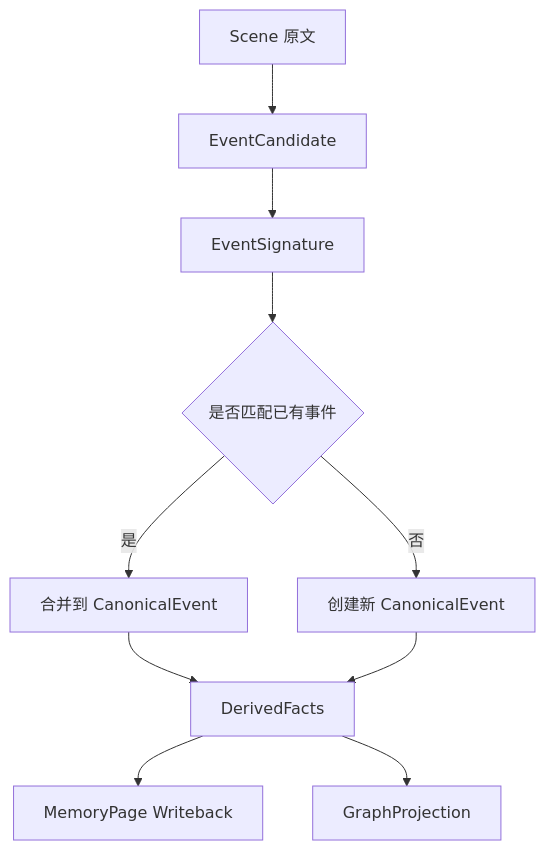
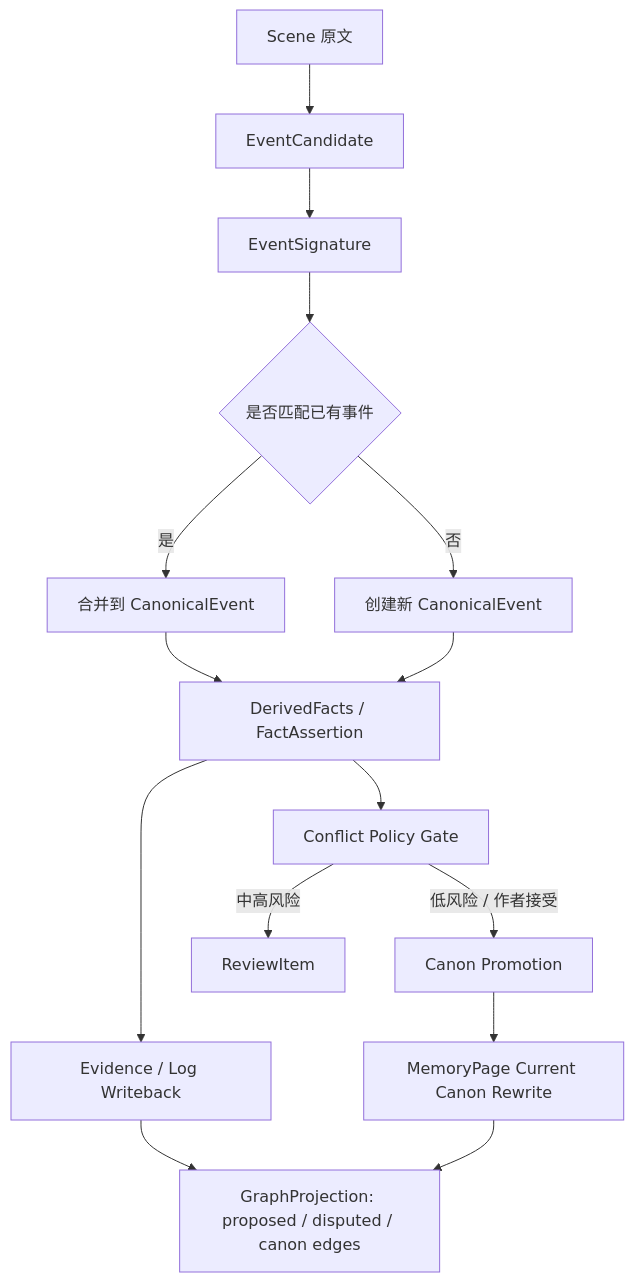
The first of 5 diagrams in goals/15-event-aggregation.md (FrankQDWang/sextantlabs), drawn with Mermaid before and after one commit. The commit also changed other lines of this file, not shown here.

Commit message:
Align event aggregation with canon promotion gate

````diff
--- a/goals/15-event-aggregation.md
+++ b/goals/15-event-aggregation.md
@@ -17,12 +17,17 @@
 ```mermaid
 flowchart TD
     A[Scene 原文] --> B[EventCandidate]
     B --> C[EventSignature]
     C --> D{是否匹配已有事件}
     D -->|是| E[合并到 CanonicalEvent]
     D -->|否| F[创建新 CanonicalEvent]
-    E --> G[DerivedFacts]
+    E --> G[DerivedFacts / FactAssertion]
     F --> G
-    G --> H[MemoryPage Writeback]
-    G --> I[GraphProjection]
+    G --> H[Evidence / Log Writeback]
+    G --> I[Conflict Policy Gate]
+    I -->|低风险 / 作者接受| J[Canon Promotion]
+    I -->|中高风险| K[ReviewItem]
+    J --> L[MemoryPage Current Canon Rewrite]
+    H --> M[GraphProjection: proposed / disputed / canon edges]
+    L --> M
 ```
````
